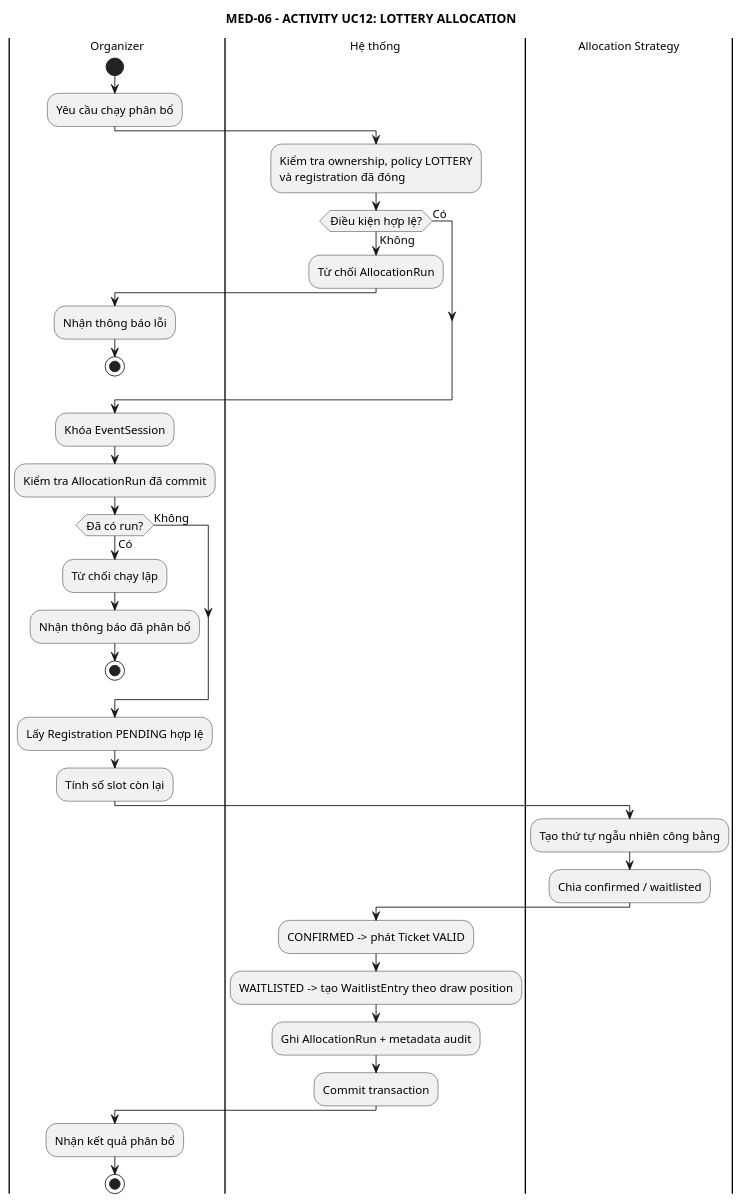
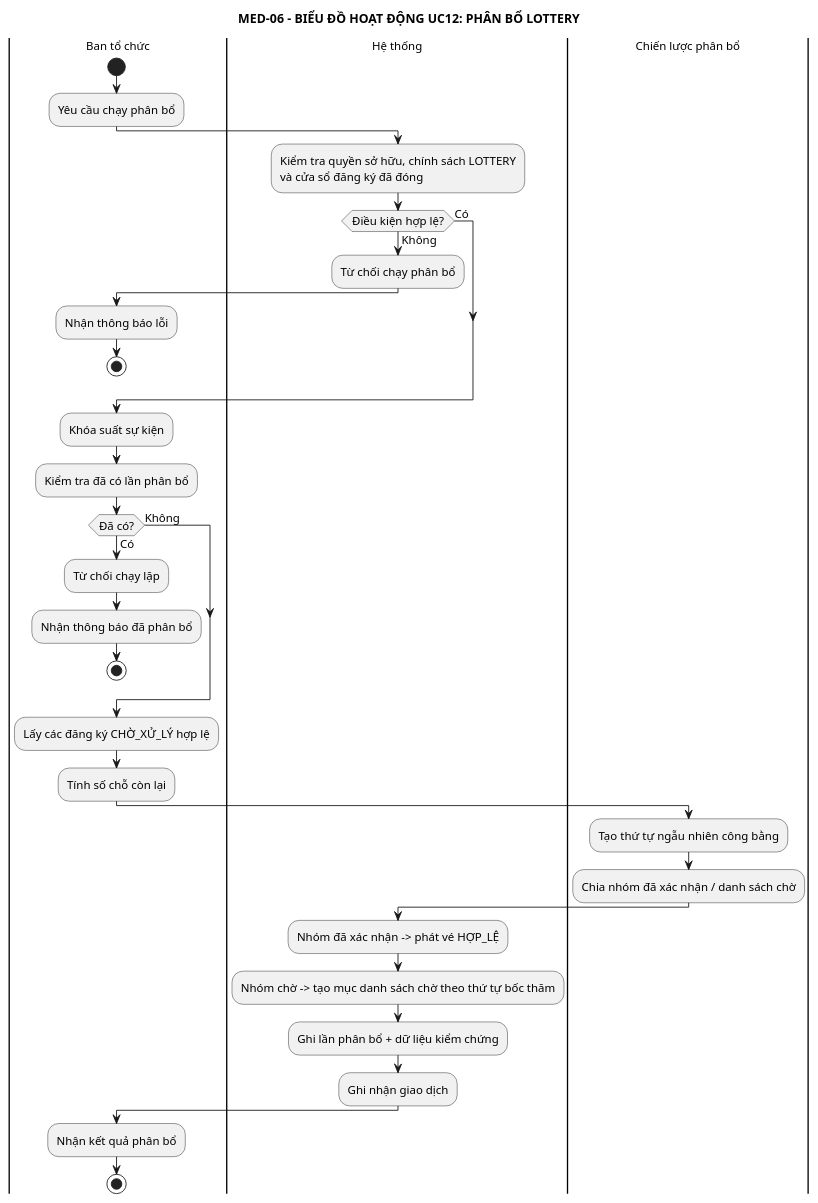
One commit to anh632k-ui/OOP-DoAn changed the diagram in PTTK/06_Activity/03-lottery-allocation-flow.puml. Above: the diagram before and after it, drawn with PlantUML.

Commit message:
docs(tv): Việt hóa sơ đồ PTTK động

```diff
--- a/PTTK/06_Activity/03-lottery-allocation-flow.puml
+++ b/PTTK/06_Activity/03-lottery-allocation-flow.puml
@@ -1,51 +1,50 @@
 @startuml
 skinparam monochrome true
 skinparam shadowing false
 skinparam defaultFontSize 13
+title MED-06 - BIỂU ĐỒ HOẠT ĐỘNG UC12: PHÂN BỔ LOTTERY
 
-title MED-06 - ACTIVITY UC12: LOTTERY ALLOCATION
-
-|Organizer|
+|Ban tổ chức|
 start
 :Yêu cầu chạy phân bổ;
 
 |Hệ thống|
-:Kiểm tra ownership, policy LOTTERY
-và registration đã đóng;
+:Kiểm tra quyền sở hữu, chính sách LOTTERY
+và cửa sổ đăng ký đã đóng;
 
 if (Điều kiện hợp lệ?) then (Có)
 else (Không)
-  :Từ chối AllocationRun;
-  |Organizer|
+  :Từ chối chạy phân bổ;
+  |Ban tổ chức|
   :Nhận thông báo lỗi;
   stop
 endif
 
-:Khóa EventSession;
-:Kiểm tra AllocationRun đã commit;
+:Khóa suất sự kiện;
+:Kiểm tra đã có lần phân bổ;
 
-if (Đã có run?) then (Có)
+if (Đã có?) then (Có)
   :Từ chối chạy lặp;
-  |Organizer|
+  |Ban tổ chức|
   :Nhận thông báo đã phân bổ;
   stop
 else (Không)
 endif
 
-:Lấy Registration PENDING hợp lệ;
-:Tính số slot còn lại;
+:Lấy các đăng ký CHỜ_XỬ_LÝ hợp lệ;
+:Tính số chỗ còn lại;
 
-|Allocation Strategy|
+|Chiến lược phân bổ|
 :Tạo thứ tự ngẫu nhiên công bằng;
-:Chia confirmed / waitlisted;
+:Chia nhóm đã xác nhận / danh sách chờ;
 
 |Hệ thống|
-:CONFIRMED -> phát Ticket VALID;
-:WAITLISTED -> tạo WaitlistEntry theo draw position;
-:Ghi AllocationRun + metadata audit;
-:Commit transaction;
+:Nhóm đã xác nhận -> phát vé HỢP_LỆ;
+:Nhóm chờ -> tạo mục danh sách chờ theo thứ tự bốc thăm;
+:Ghi lần phân bổ + dữ liệu kiểm chứng;
+:Ghi nhận giao dịch;
 
-|Organizer|
+|Ban tổ chức|
 :Nhận kết quả phân bổ;
 stop
 @enduml
```
